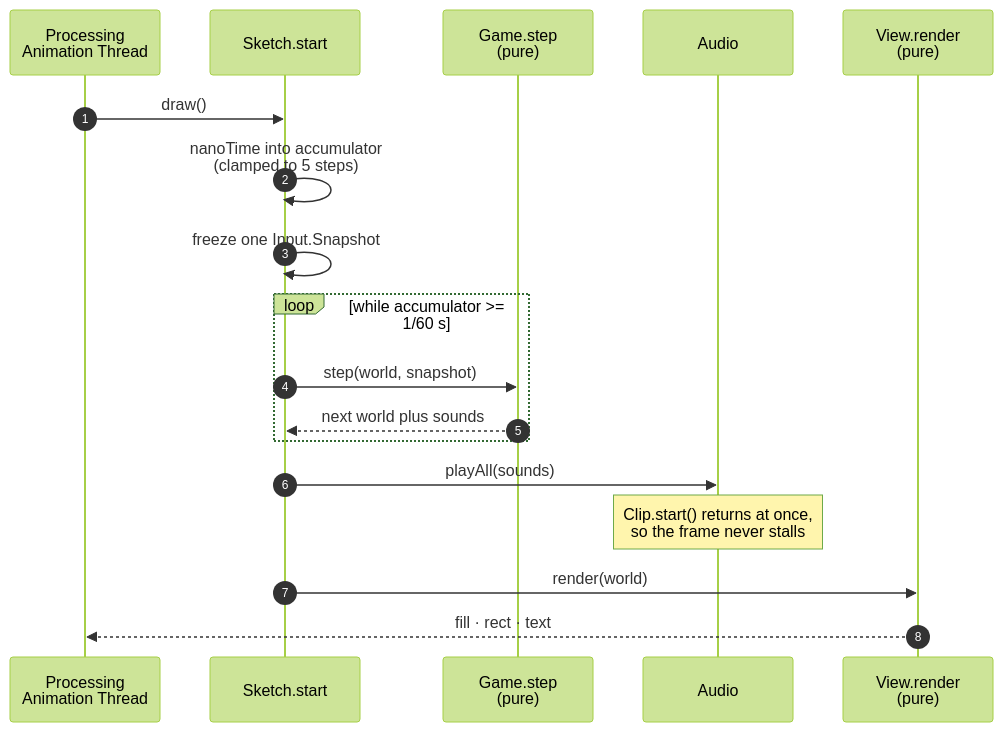
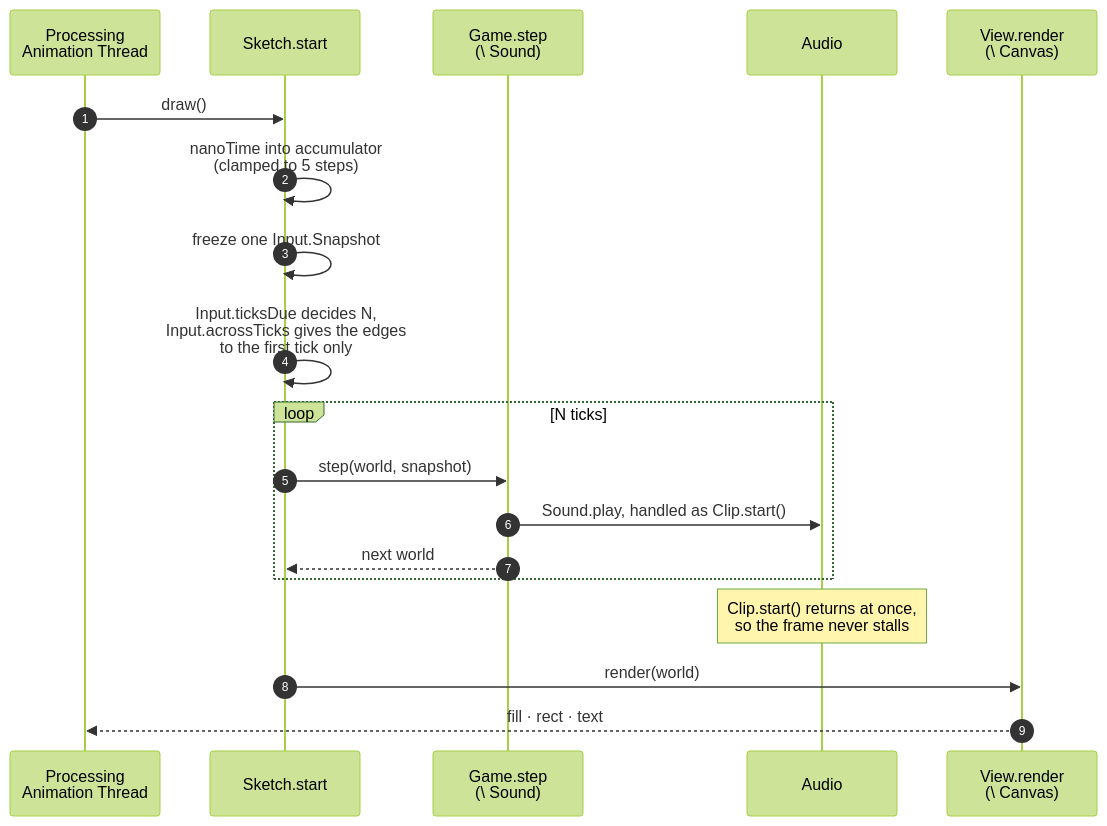
One commit to wstein/flix-invaders changed the third of 6 diagrams in README.md. Above: the diagram before and after it, drawn with Mermaid (forest theme). The commit also changed other lines of this file and 3 other files, not shown here.

````diff
--- a/README.md
+++ b/README.md
@@ -174,21 +174,22 @@
 ```mermaid
 sequenceDiagram
     autonumber
     participant P as Processing<br/>Animation Thread
     participant S as Sketch.start
-    participant G as Game.step<br/>(pure)
+    participant G as Game.step<br/>(\ Sound)
     participant A as Audio
-    participant V as View.render<br/>(pure)
+    participant V as View.render<br/>(\ Canvas)
 
     P->>S: draw()
     S->>S: nanoTime into accumulator<br/>(clamped to 5 steps)
     S->>S: freeze one Input.Snapshot
-    loop while accumulator >= 1/60 s
+    S->>S: Input.ticksDue decides N,<br/>Input.acrossTicks gives the edges<br/>to the first tick only
+    loop N ticks
         S->>G: step(world, snapshot)
-        G-->>S: next world plus sounds
+        G->>A: Sound.play, handled as Clip.start()
+        G-->>S: next world
     end
-    S->>A: playAll(sounds)
     Note over A: Clip.start() returns at once,<br/>so the frame never stalls
     S->>V: render(world)
     V-->>P: fill · rect · text
 ```
````
